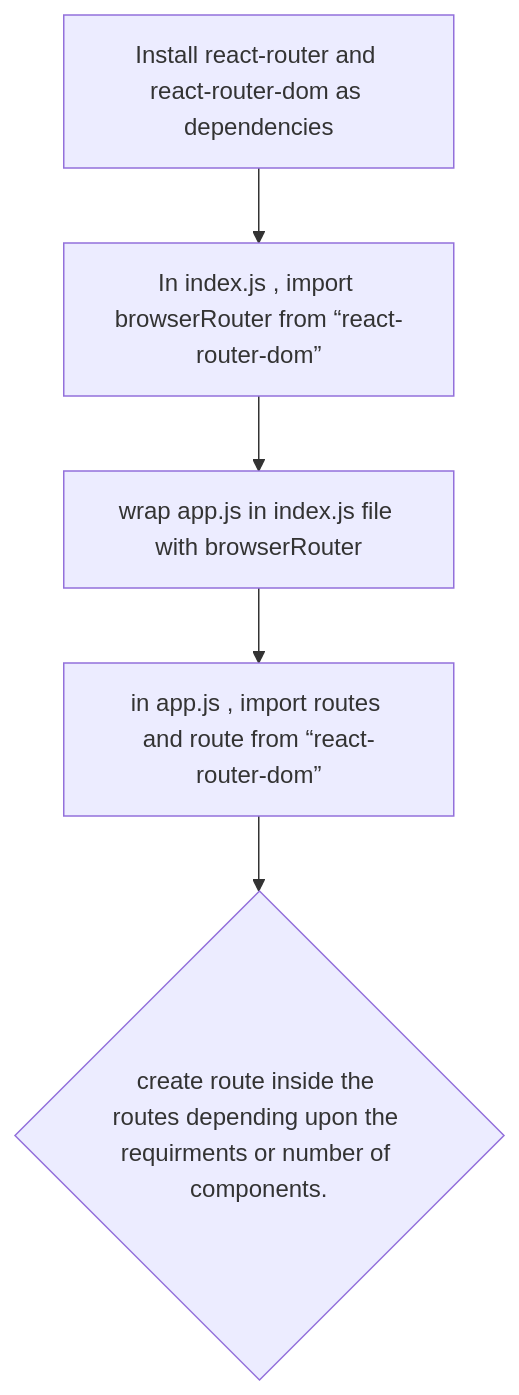
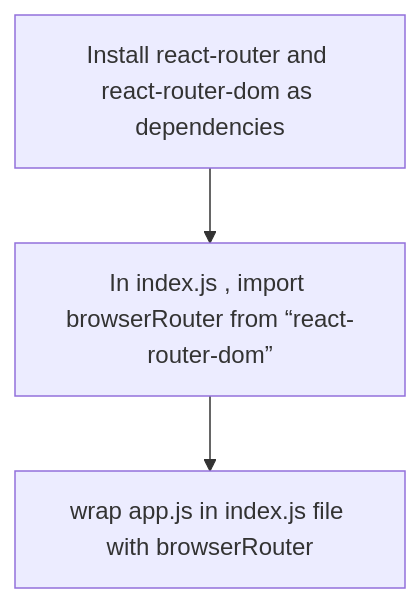
Before and after one commit to Apoorv266/neoG-assignments: the diagram in Notes/Router/router.md, drawn with Mermaid.

````diff
--- a/Notes/Router/router.md
+++ b/Notes/Router/router.md
@@ -5,7 +5,6 @@
 ```mermaid
 flowchart TD
-    A[Install react-router and react-router-dom as dependencies]-->B;
-    B[In index.js , import browserRouter from “react-router-dom”]-->C;
-    C[wrap app.js in index.js file with browserRouter ]-->D;
-    D[in app.js , import routes and route from “react-router-dom”]-->E{create route inside the routes depending upon the requirments or number of components. }
+    A[Install react-router and react-router-dom as dependencies]-->B[In index.js , import browserRouter from “react-router-dom”];
+    B-->C[wrap app.js in index.js file with browserRouter ];
+    
 ```
````
